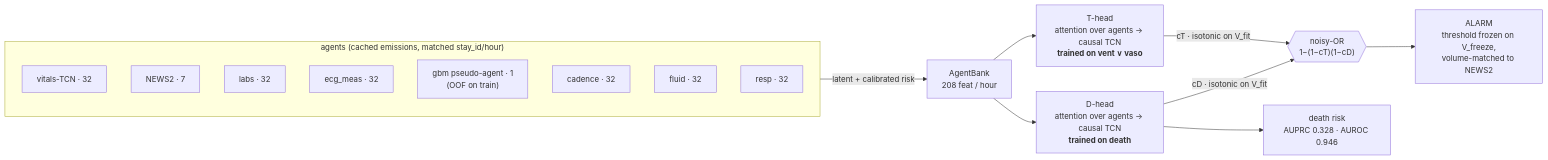
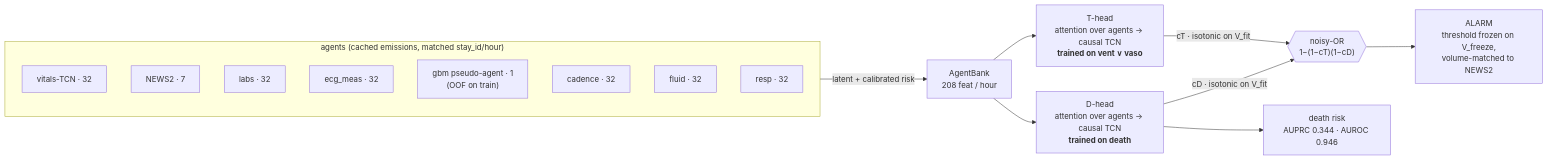
The diagram in results_fusion.md (411sst/senti), drawn with Mermaid before and after one commit. The commit also changed other lines of this file and 13 other files, not shown here.

````diff
--- a/results_fusion.md
+++ b/results_fusion.md
@@ -68,21 +68,21 @@
 ```mermaid
 flowchart LR
   subgraph AG["agents (cached emissions, matched stay_id/hour)"]
     direction TB
     A1["vitals-TCN · 32"]
     A2["NEWS2 · 7"]
     A3["labs · 32"]
     A4["ecg_meas · 32"]
     A5["gbm pseudo-agent · 1<br/>(OOF on train)"]
     A6["cadence · 32"]
     A7["fluid · 32"]
     A8["resp · 32"]
   end
   AG -->|"latent + calibrated risk"| BANK["AgentBank<br/>208 feat / hour"]
   BANK --> TH["T-head<br/>attention over agents → causal TCN<br/><b>trained on vent ∨ vaso</b>"]
   BANK --> DH["D-head<br/>attention over agents → causal TCN<br/><b>trained on death</b>"]
   TH -->|"cT · isotonic on V_fit"| OR{{"noisy-OR<br/>1−(1−cT)(1−cD)"}}
   DH -->|"cD · isotonic on V_fit"| OR
   OR --> AL["ALARM<br/>threshold frozen on V_freeze,<br/>volume-matched to NEWS2"]
-  DH --> DR["death risk<br/>AUPRC 0.328 · AUROC 0.946"]
+  DH --> DR["death risk<br/>AUPRC 0.344 · AUROC 0.946"]
 ```
````
